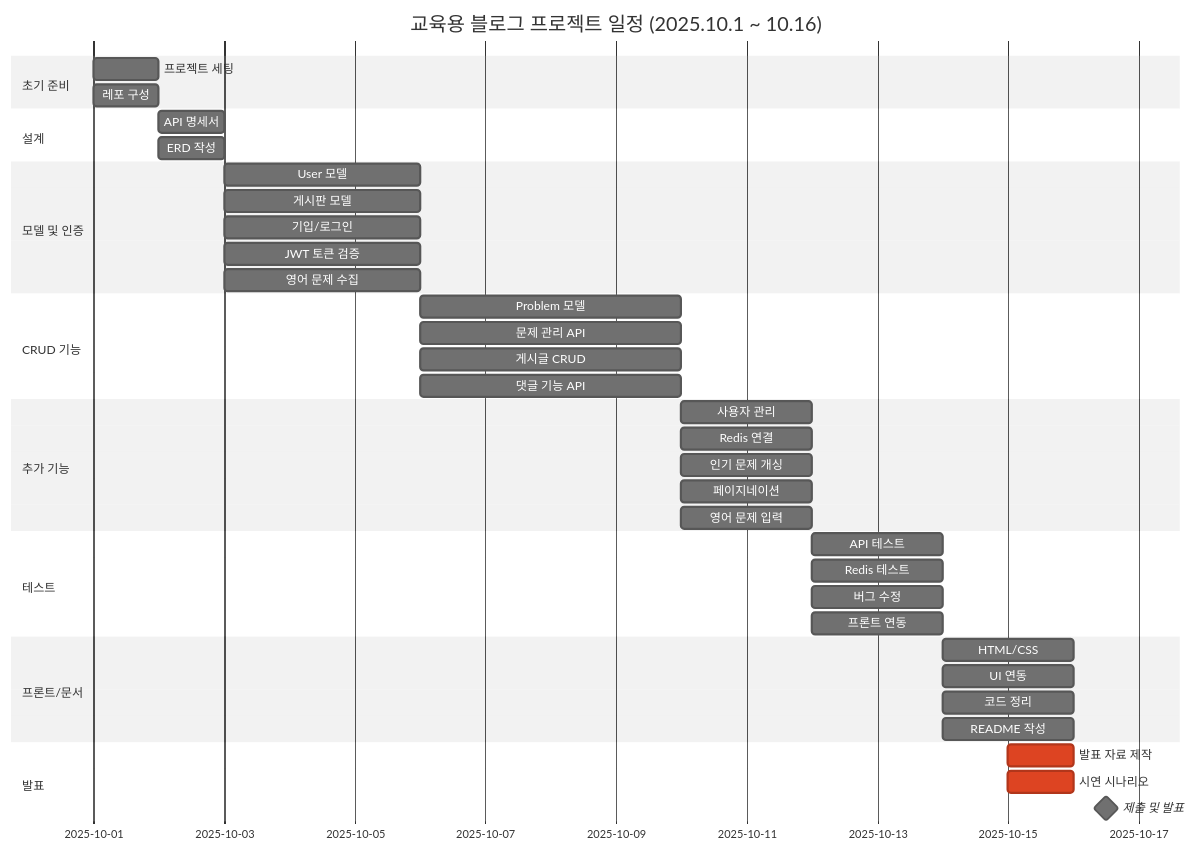
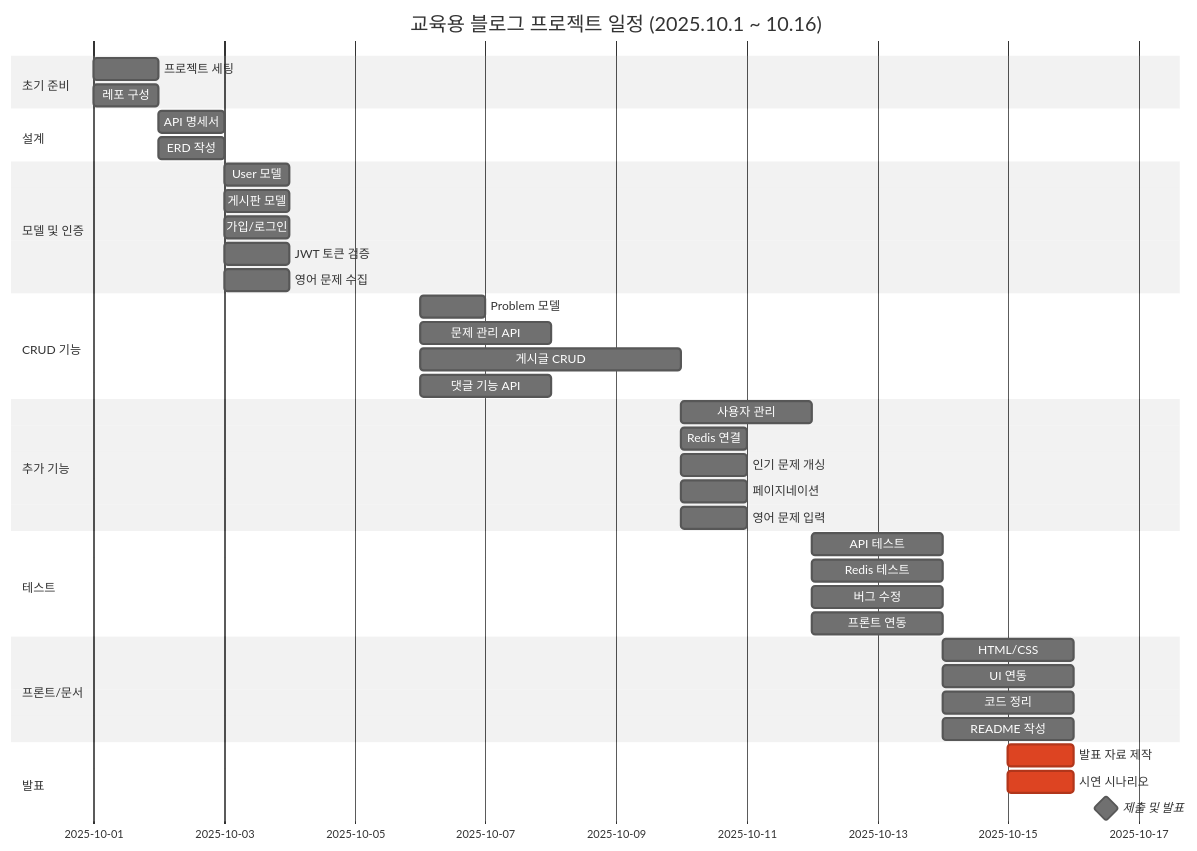
Before and after one commit to b1351b1/modu-blog-project: the diagram in README.md, drawn with Mermaid (neutral theme). The commit also changed other lines of this file, not shown here.

Commit message:
docs: README.md 내용 수정

````diff
--- a/README.md
+++ b/README.md
@@ -101,50 +101,50 @@
 ```mermaid
 gantt
     title 교육용 블로그 프로젝트 일정 (2025.10.1 ~ 10.16)
     dateFormat  YYYY-MM-DD
     
     section 초기 준비
     프로젝트 세팅           :2025-10-01, 1d
     레포 구성              :2025-10-01, 1d
     
     section 설계
     API 명세서             :2025-10-02, 1d
     ERD 작성              :2025-10-02, 1d
     
     section 모델 및 인증
-    User 모델             :2025-10-03, 3d
-    게시판 모델            :2025-10-03, 3d
-    기입/로그인           :2025-10-03, 3d
-    JWT 토큰 검증         :2025-10-03, 3d
-    영어 문제 수집         :2025-10-03, 3d
+    User 모델             :2025-10-03, 1d
+    게시판 모델            :2025-10-03, 1d
+    가입/로그인           :2025-10-03, 1d
+    JWT 토큰 검증         :2025-10-03, 1d
+    영어 문제 수집         :2025-10-03, 1d
     
     section CRUD 기능
-    Problem 모델          :2025-10-06, 4d
-    문제 관리 API         :2025-10-06, 4d
+    Problem 모델          :2025-10-06, 1d
+    문제 관리 API         :2025-10-06, 2d
     게시글 CRUD          :2025-10-06, 4d
-    댓글 기능 API         :2025-10-06, 4d
+    댓글 기능 API         :2025-10-06, 2d
     
     section 추가 기능
     사용자 관리           :2025-10-10, 2d
-    Redis 연결           :2025-10-10, 2d
-    인기 문제 개싱        :2025-10-10, 2d
-    페이지네이션          :2025-10-10, 2d
-    영어 문제 입력        :2025-10-10, 2d
+    Redis 연결           :2025-10-10, 1d
+    인기 문제 개싱        :2025-10-10, 1d
+    페이지네이션          :2025-10-10, 1d
+    영어 문제 입력        :2025-10-10, 1d
     
     section 테스트
     API 테스트           :2025-10-12, 2d
     Redis 테스트         :2025-10-12, 2d
     버그 수정            :2025-10-12, 2d
     프론트 연동          :2025-10-12, 2d
     
     section 프론트/문서
     HTML/CSS            :2025-10-14, 2d
     UI 연동             :2025-10-14, 2d
     코드 정리           :2025-10-14, 2d
     README 작성         :2025-10-14, 2d
     
     section 발표
     발표 자료 제작       :crit, 2025-10-15, 1d
     시연 시나리오        :crit, 2025-10-15, 1d
     제출 및 발표         :milestone, 2025-10-16, 1d
 ```
````
